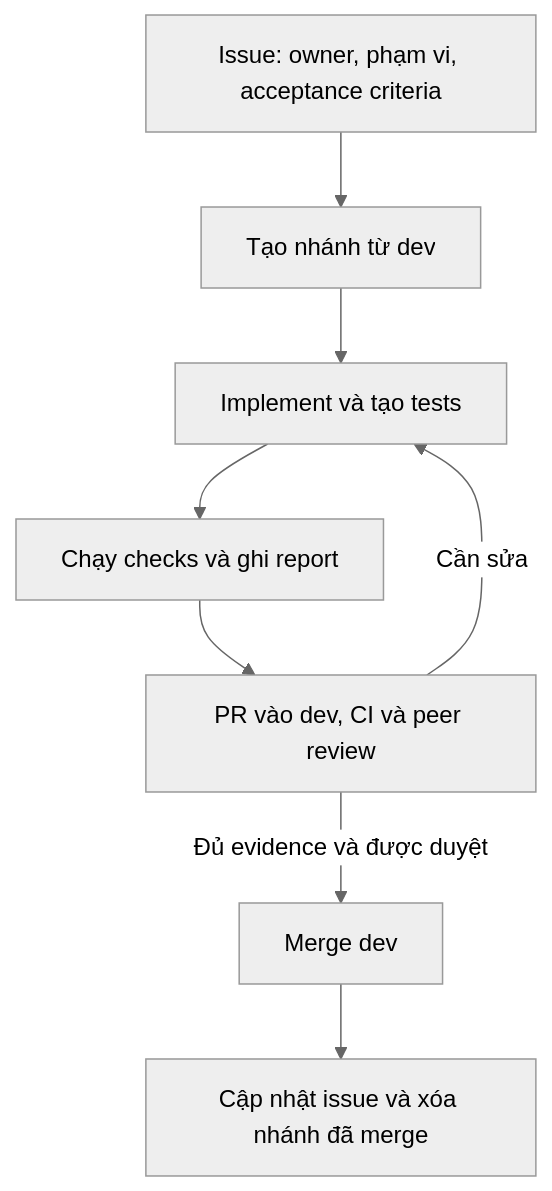
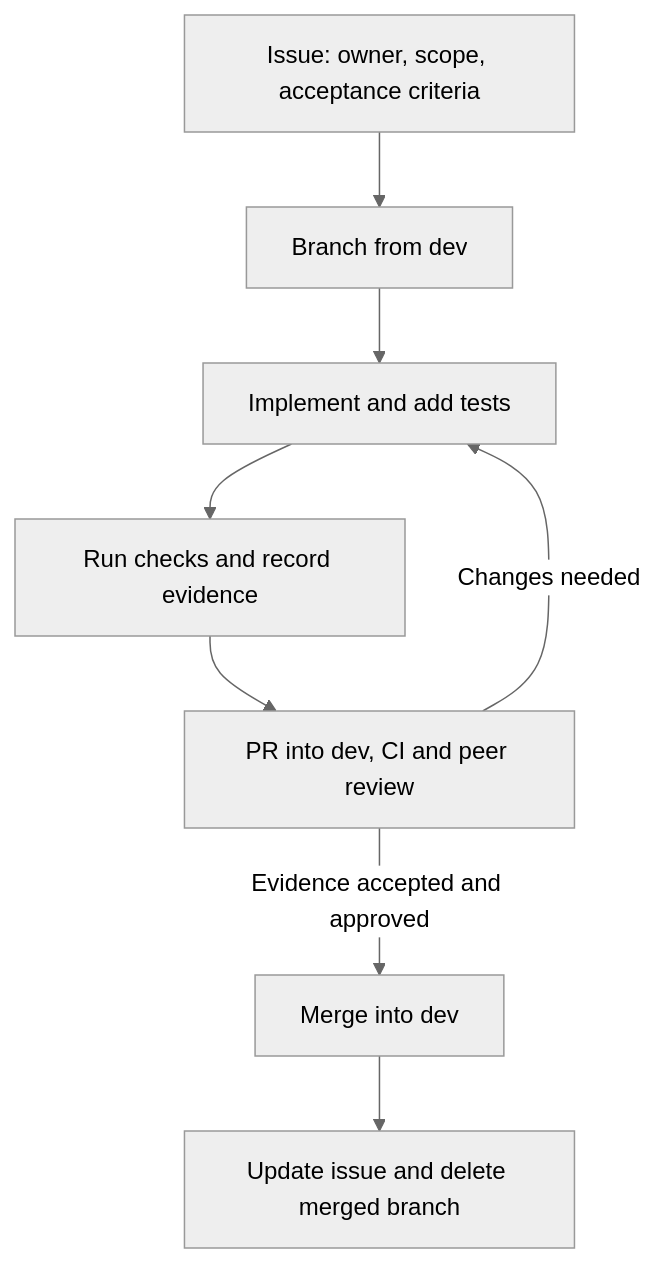
Before and after one commit to HungLD9505/adaptive-retention-ev: the diagram in docs/WORKFLOW.md, drawn with Mermaid (neutral theme). The commit also changed other lines of this file and 8 other files, not shown here.

````diff
--- a/docs/WORKFLOW.md
+++ b/docs/WORKFLOW.md
@@ -10,10 +10,10 @@
 ```mermaid
 flowchart TB
-    A["Issue: owner, phạm vi, acceptance criteria"] --> B["Tạo nhánh từ dev"]
-    B --> C["Implement và tạo tests"]
-    C --> D["Chạy checks và ghi report"]
-    D --> E["PR vào dev, CI và peer review"]
-    E -- "Cần sửa" --> C
-    E -- "Đủ evidence và được duyệt" --> F["Merge dev"]
-    F --> G["Cập nhật issue và xóa nhánh đã merge"]
+    A["Issue: owner, scope, acceptance criteria"] --> B["Branch from dev"]
+    B --> C["Implement and add tests"]
+    C --> D["Run checks and record evidence"]
+    D --> E["PR into dev, CI and peer review"]
+    E -- "Changes needed" --> C
+    E -- "Evidence accepted and approved" --> F["Merge into dev"]
+    F --> G["Update issue and delete merged branch"]
 ```
````
